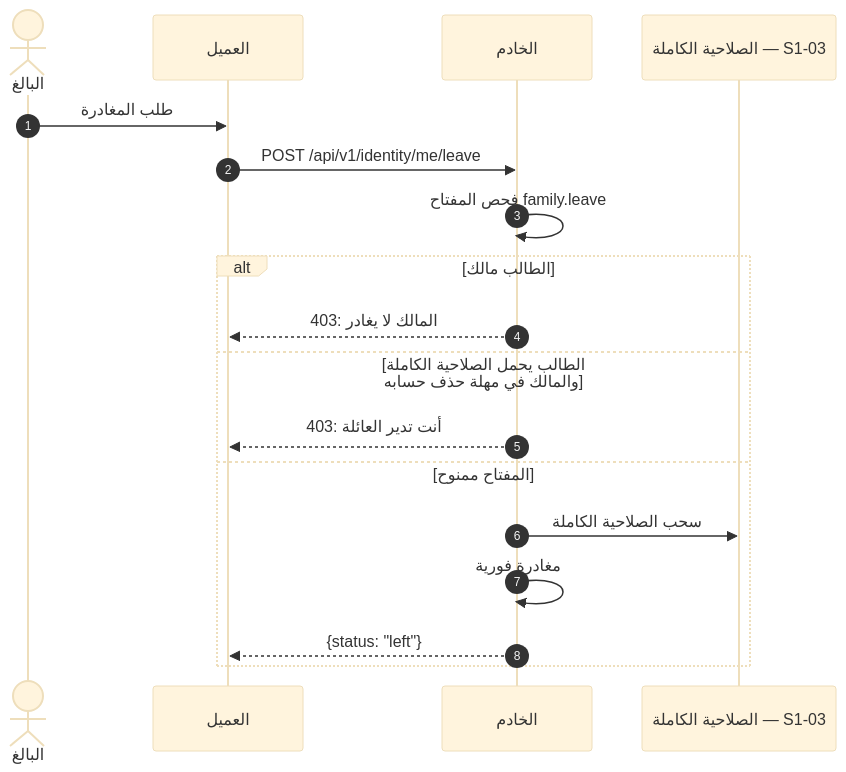
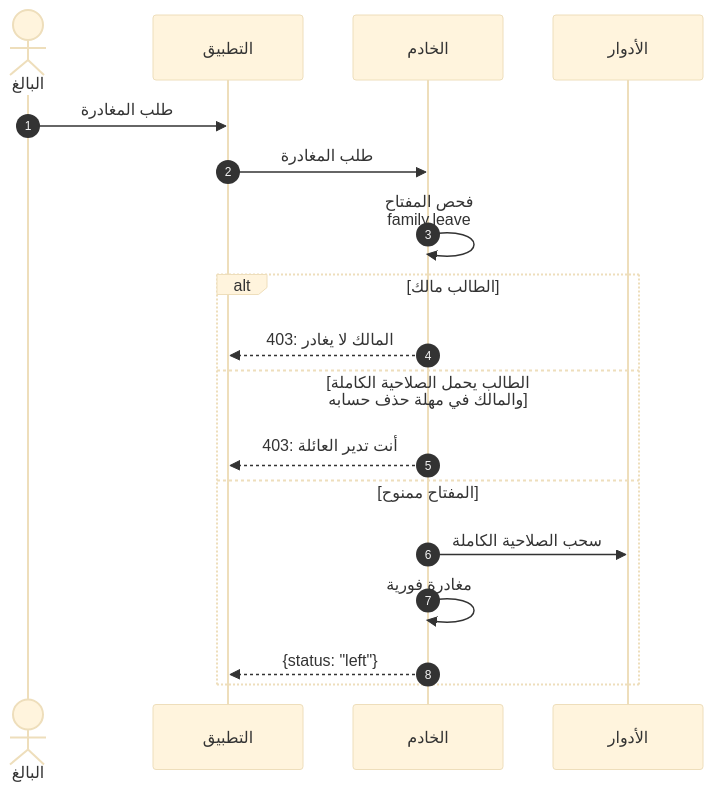
Diagram 14 of 36 in docs/family-os/governance/phases/phase-1/S1-02-identity-and-onboarding/DIAGRAMS.md (Bassam-mohammed-alqaeadi/family-os-v2), drawn with Mermaid (base theme) before and after one commit. The commit also changed other lines of this file, not shown here.

````diff
--- a/docs/family-os/governance/phases/phase-1/S1-02-identity-and-onboarding/DIAGRAMS.md
+++ b/docs/family-os/governance/phases/phase-1/S1-02-identity-and-onboarding/DIAGRAMS.md
@@ -620,20 +661,21 @@
 ```mermaid
+%%{init: {"sequence": {"wrap": true}}}%%
 sequenceDiagram
     autonumber
     actor Adult as البالغ
-    participant Client as العميل
+    participant App as التطبيق
     participant Ktor as الخادم
-    participant S103 as الصلاحية الكاملة — S1-03
-    Adult->>Client: طلب المغادرة
-    Client->>Ktor: POST /api/v1/identity/me/leave
+    participant S103 as الأدوار
+    Adult->>App: طلب المغادرة
+    App->>Ktor: طلب المغادرة
     Ktor->>Ktor: فحص المفتاح family.leave
     alt الطالب مالك
-        Ktor-->>Client: 403: المالك لا يغادر
+        Ktor-->>App: 403: المالك لا يغادر
     else الطالب يحمل الصلاحية الكاملة والمالك في مهلة حذف حسابه
-        Ktor-->>Client: 403: أنت تدير العائلة
+        Ktor-->>App: 403: أنت تدير العائلة
     else المفتاح ممنوح
         Ktor->>S103: سحب الصلاحية الكاملة
         Ktor->>Ktor: مغادرة فورية
-        Ktor-->>Client: {status: "left"}
+        Ktor-->>App: {status: "left"}
     end
 ```
````
